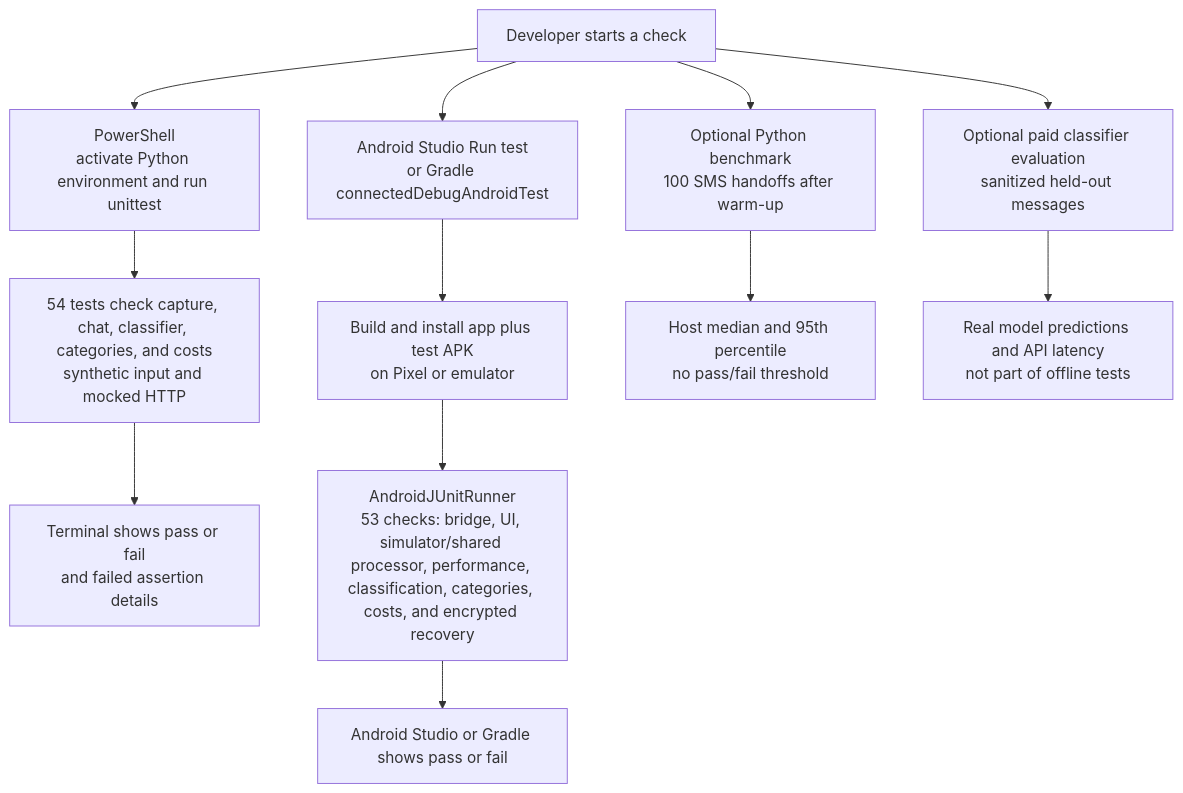
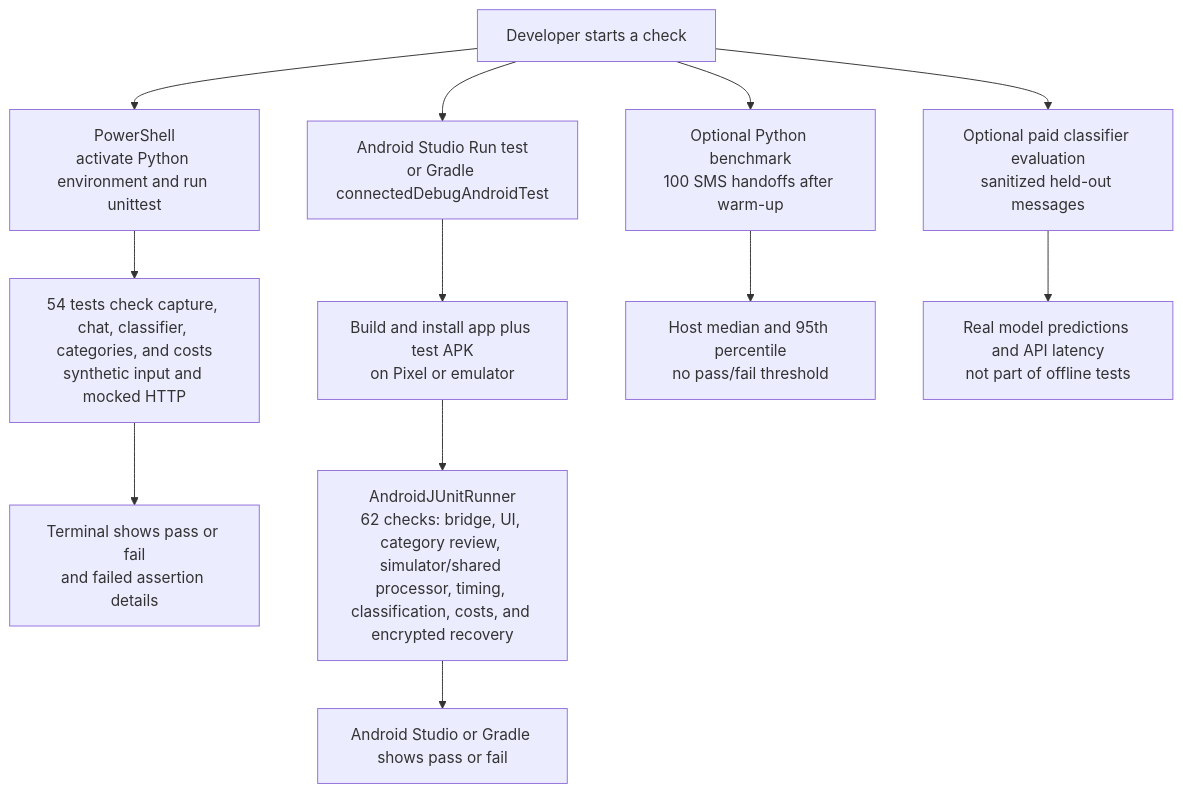
The second of 3 diagrams in README.md (Abijith97/expense-tracker-with-mcp), drawn with Mermaid before and after one commit. The commit also changed other lines of this file and 14 other files, not shown here.

Commit message:
Add uncertain-category review forms and persist human feedback

````diff
--- a/README.md
+++ b/README.md
@@ -237,17 +263,17 @@
 ```mermaid
 flowchart TB
     Developer[Developer starts a check]
     Developer --> Shell[PowerShell<br/>activate Python environment and run unittest]
     Shell --> UnitTests[54 tests check capture, chat, classifier, categories, and costs<br/>synthetic input and mocked HTTP]
     UnitTests --> Terminal[Terminal shows pass or fail<br/>and failed assertion details]
 
     Developer --> Studio[Android Studio Run test<br/>or Gradle connectedDebugAndroidTest]
     Studio --> Install[Build and install app plus test APK<br/>on Pixel or emulator]
-    Install --> Runner[AndroidJUnitRunner<br/>53 checks: bridge, UI, simulator/shared processor, performance, classification, categories, costs, and encrypted recovery]
+    Install --> Runner[AndroidJUnitRunner<br/>62 checks: bridge, UI, category review, simulator/shared processor, timing, classification, costs, and encrypted recovery]
     Runner --> Results[Android Studio or Gradle shows pass or fail]
 
     Developer --> Benchmark[Optional Python benchmark<br/>100 SMS handoffs after warm-up]
     Benchmark --> Timing[Host median and 95th percentile<br/>no pass/fail threshold]
     Developer --> LiveEval[Optional paid classifier evaluation<br/>sanitized held-out messages]
     LiveEval --> Accuracy[Real model predictions and API latency<br/>not part of offline tests]
 ```
````
